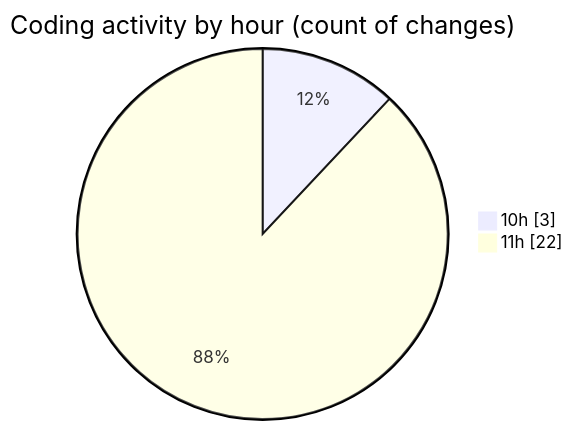
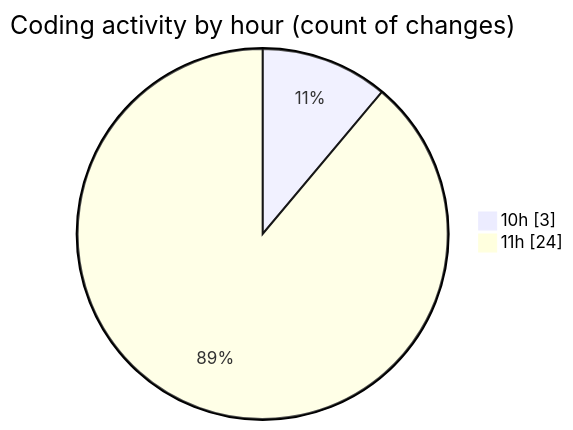
One commit to EIIisD/code-tracking changed the second of 2 diagrams in 2025-08-14/ribbon/README.md. Above: the diagram before and after it, drawn with Mermaid. The commit also changed other lines of this file and 1 other file, not shown here.

````diff
--- a/2025-08-14/ribbon/README.md
+++ b/2025-08-14/ribbon/README.md
@@ -37,6 +37,6 @@
 ```mermaid
 pie showData
 title Coding activity by hour (count of changes)
 "10h" : 3
-"11h" : 22
+"11h" : 24
 ```
````
